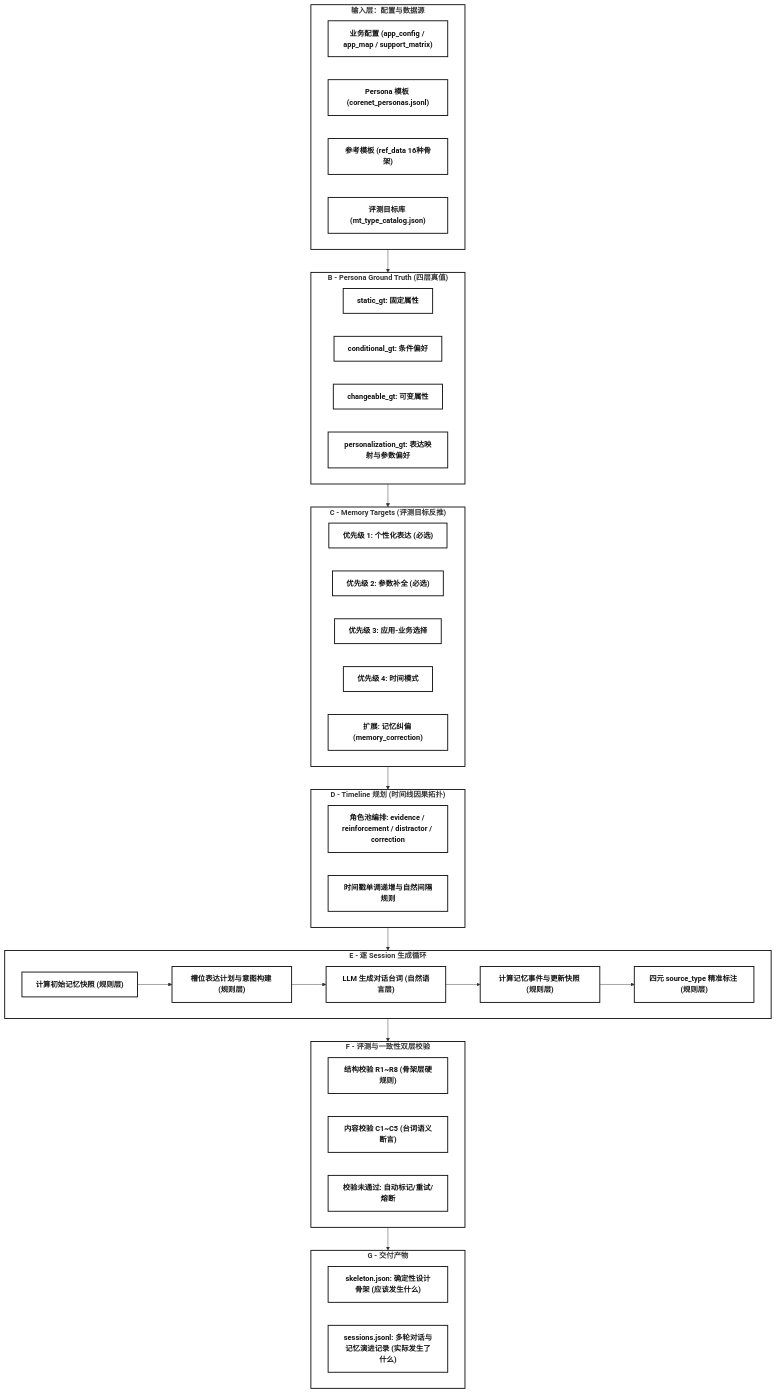
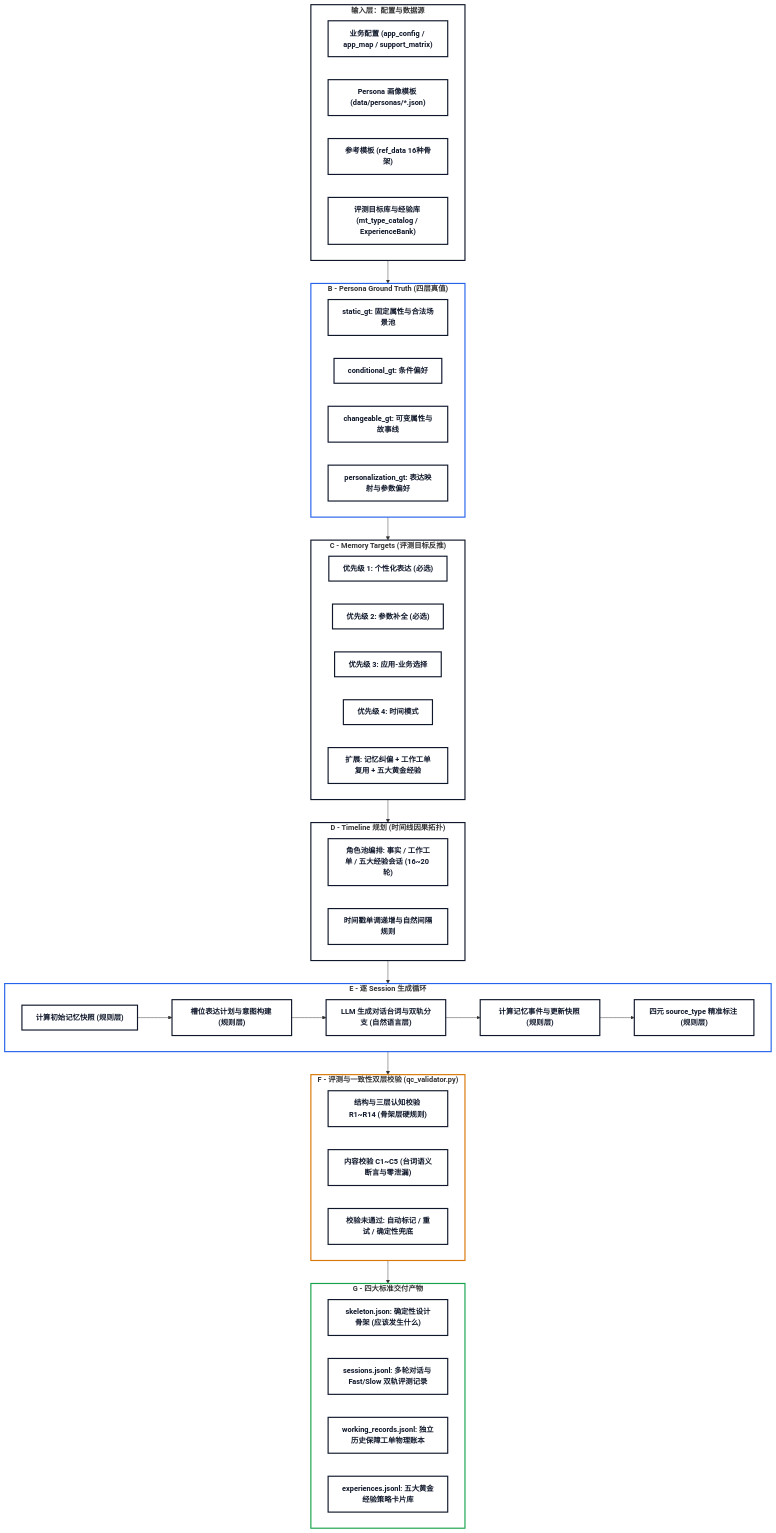
Before and after one commit to wangbanjin1/cross_data_gen: diagram 12 of 12 in docs/跨 Session 记忆数据集生成器思路.md, drawn with Mermaid. The commit also changed other lines of this file and 17 other files, not shown here.

Commit message:
docs: reorganize 4-layer doc architecture, convert ASCII to Mermaid, and upgrade HTML visual renderer

````diff
--- a/docs/跨 Session 记忆数据集生成器思路.md
+++ b/docs/跨 Session 记忆数据集生成器思路.md
@@ -1404,64 +1415,66 @@
 ```mermaid
 graph TD
-    classDef default fill:#FFFFFF,stroke:#111111,stroke-width:2px,color:#111111;
+    classDef default fill:#FFFFFF,stroke:#0F172A,stroke-width:2.5px,color:#0F172A,font-weight:bold;
 
     subgraph LayerInput ["<b>输入层：配置与数据源</b>"]
         IN1["<b>业务配置 (app_config / app_map / support_matrix)</b>"]
-        IN2["<b>Persona 模板 (corenet_personas.jsonl)</b>"]
+        IN2["<b>Persona 画像模板 (data/personas/*.json)</b>"]
         IN3["<b>参考模板 (ref_data 16种骨架)</b>"]
-        IN4["<b>评测目标库 (mt_type_catalog.json)</b>"]
+        IN4["<b>评测目标库与经验库 (mt_type_catalog / ExperienceBank)</b>"]
     end
 
     subgraph LayerGT ["<b>B - Persona Ground Truth (四层真值)</b>"]
-        GT1["<b>static_gt: 固定属性</b>"]
+        GT1["<b>static_gt: 固定属性与合法场景池</b>"]
         GT2["<b>conditional_gt: 条件偏好</b>"]
-        GT3["<b>changeable_gt: 可变属性</b>"]
+        GT3["<b>changeable_gt: 可变属性与故事线</b>"]
         GT4["<b>personalization_gt: 表达映射与参数偏好</b>"]
     end
 
     subgraph LayerMT ["<b>C - Memory Targets (评测目标反推)</b>"]
         MT1["<b>优先级 1: 个性化表达 (必选)</b>"]
         MT2["<b>优先级 2: 参数补全 (必选)</b>"]
         MT3["<b>优先级 3: 应用-业务选择</b>"]
         MT4["<b>优先级 4: 时间模式</b>"]
-        MT5["<b>扩展: 记忆纠偏 (memory_correction)</b>"]
+        MT5["<b>扩展: 记忆纠偏 + 工作工单复用 + 五大黄金经验</b>"]
     end
 
     subgraph LayerTimeline ["<b>D - Timeline 规划 (时间线因果拓扑)</b>"]
-        TL1["<b>角色池编排: evidence / reinforcement / distractor / correction</b>"]
+        TL1["<b>角色池编排: 事实 / 工作工单 / 五大经验会话 (16~20 轮)</b>"]
         TL2["<b>时间戳单调递增与自然间隔规则</b>"]
     end
 
     subgraph LayerGen ["<b>E - 逐 Session 生成循环</b>"]
         E1["<b>计算初始记忆快照 (规则层)</b>"] --> E2["<b>槽位表达计划与意图构建 (规则层)</b>"]
-        E2 --> E3["<b>LLM 生成对话台词 (自然语言层)</b>"]
+        E2 --> E3["<b>LLM 生成对话台词与双轨分支 (自然语言层)</b>"]
         E3 --> E4["<b>计算记忆事件与更新快照 (规则层)</b>"]
         E4 --> E5["<b>四元 source_type 精准标注 (规则层)</b>"]
     end
 
-    subgraph LayerVal ["<b>F - 评测与一致性双层校验</b>"]
-        V1["<b>结构校验 R1~R8 (骨架层硬规则)</b>"]
-        V2["<b>内容校验 C1~C5 (台词语义断言)</b>"]
-        V3["<b>校验未通过: 自动标记/重试/熔断</b>"]
+    subgraph LayerVal ["<b>F - 评测与一致性双层校验 (qc_validator.py)</b>"]
+        V1["<b>结构与三层认知校验 R1~R14 (骨架层硬规则)</b>"]
+        V2["<b>内容校验 C1~C5 (台词语义断言与零泄漏)</b>"]
+        V3["<b>校验未通过: 自动标记 / 重试 / 确定性兜底</b>"]
     end
 
-    subgraph LayerOut ["<b>G - 交付产物</b>"]
+    subgraph LayerOut ["<b>G - 四大标准交付产物</b>"]
         OUT1["<b>skeleton.json: 确定性设计骨架 (应该发生什么)</b>"]
-        OUT2["<b>sessions.jsonl: 多轮对话与记忆演进记录 (实际发生了什么)</b>"]
+        OUT2["<b>sessions.jsonl: 多轮对话与 Fast/Slow 双轨评测记录</b>"]
+        OUT3["<b>working_records.jsonl: 独立历史保障工单物理账本</b>"]
+        OUT4["<b>experiences.jsonl: 五大黄金经验策略卡片库</b>"]
     end
 
     LayerInput --> LayerGT
     LayerGT --> LayerMT
     LayerMT --> LayerTimeline
     LayerTimeline --> LayerGen
     LayerGen --> LayerVal
     LayerVal --> LayerOut
 
-    style LayerInput fill:#FFFFFF,stroke:#111111,stroke-width:2px;
-    style LayerGT fill:#FFFFFF,stroke:#111111,stroke-width:2px;
-    style LayerMT fill:#FFFFFF,stroke:#111111,stroke-width:2px;
-    style LayerTimeline fill:#FFFFFF,stroke:#111111,stroke-width:2px;
-    style LayerGen fill:#FFFFFF,stroke:#111111,stroke-width:2px;
-    style LayerVal fill:#FFFFFF,stroke:#111111,stroke-width:2px;
-    style LayerOut fill:#FFFFFF,stroke:#111111,stroke-width:2px;
+    style LayerInput fill:#FFFFFF,stroke:#0F172A,stroke-width:2.5px;
+    style LayerGT fill:#FFFFFF,stroke:#2563EB,stroke-width:2.5px;
+    style LayerMT fill:#FFFFFF,stroke:#0F172A,stroke-width:2.5px;
+    style LayerTimeline fill:#FFFFFF,stroke:#0F172A,stroke-width:2.5px;
+    style LayerGen fill:#FFFFFF,stroke:#2563EB,stroke-width:2.5px;
+    style LayerVal fill:#FFFFFF,stroke:#D97706,stroke-width:2.5px;
+    style LayerOut fill:#FFFFFF,stroke:#16A34A,stroke-width:2.5px;
 ```
````
